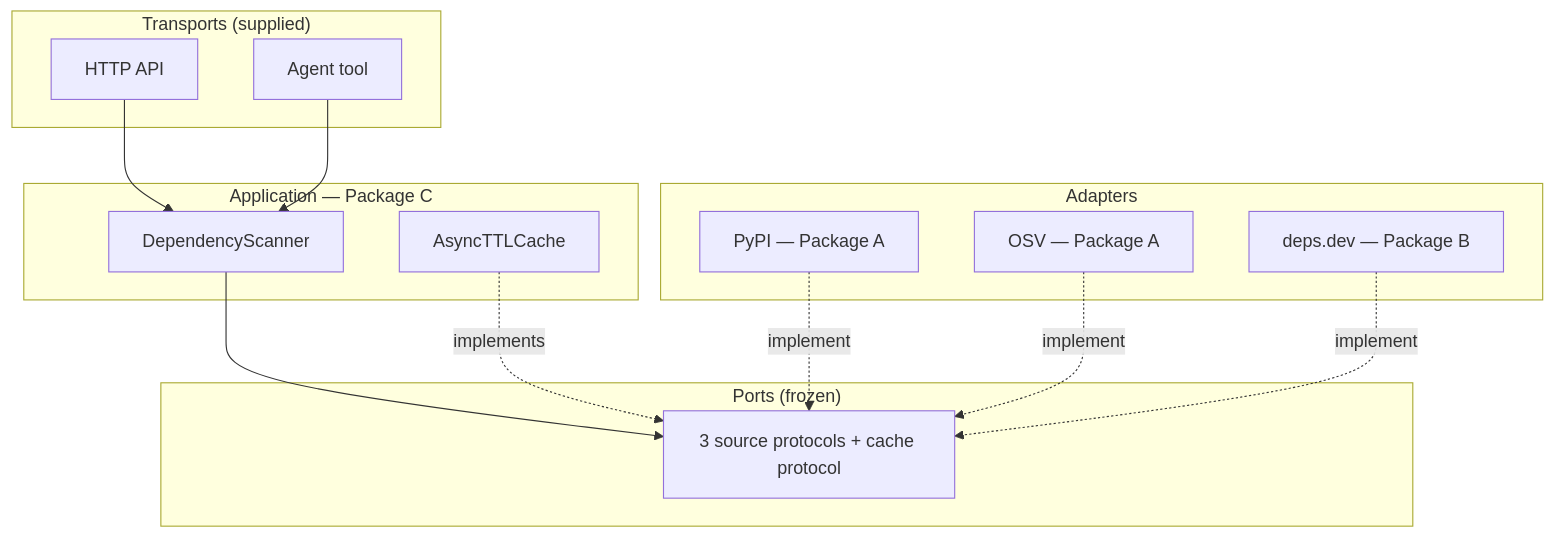
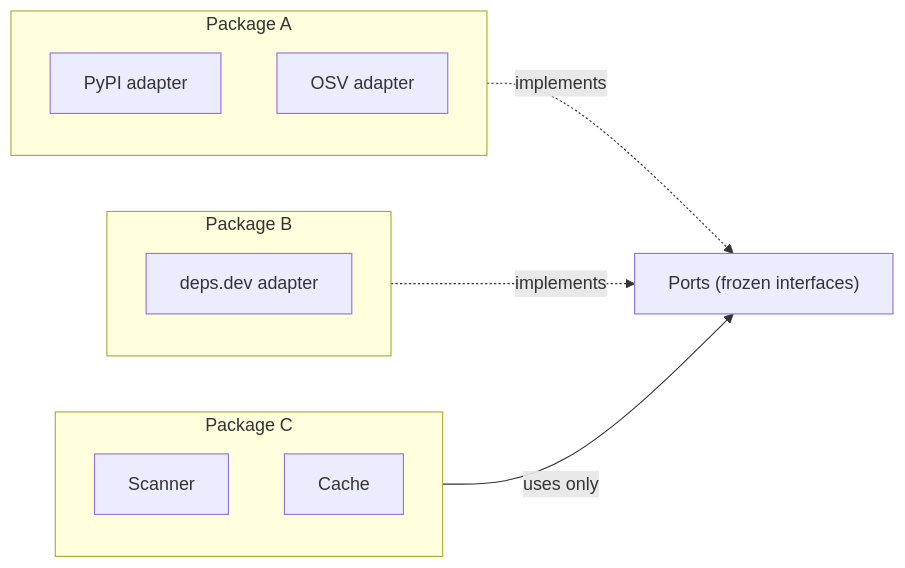
The third of 5 diagrams in video/presentation.md (tho-ple/MSE-AI-LAB-03), drawn with Mermaid before and after one commit. The commit also changed other lines of this file and 1 other file, not shown here.

````diff
--- a/video/presentation.md
+++ b/video/presentation.md
@@ -57,23 +33,18 @@
 ```mermaid
-flowchart TB
-    subgraph T["Transports (supplied)"]
-        API["HTTP API"]
-        TOOL["Agent tool"]
+flowchart LR
+    subgraph A["Package A"]
+        PYPI["PyPI adapter"]
+        OSV["OSV adapter"]
     end
-    subgraph APP["Application — Package C"]
-        SCN["DependencyScanner"]
-        CACHE["AsyncTTLCache"]
+    subgraph B["Package B"]
+        DEPS["deps.dev adapter"]
     end
-    subgraph PORTS["Ports (frozen)"]
-        PR["3 source protocols + cache protocol"]
+    subgraph C["Package C"]
+        SCN["Scanner"]
+        CACHE["Cache"]
     end
-    subgraph ADP["Adapters"]
-        PYPI["PyPI — Package A"]
-        OSV["OSV — Package A"]
-        DEPS["deps.dev — Package B"]
-    end
-    API & TOOL --> SCN
-    SCN --> PR
-    CACHE -. implements .-> PR
-    PYPI & OSV & DEPS -. implement .-> PR
+    PORTS["Ports (frozen interfaces)"]
+    A -. implements .-> PORTS
+    B -. implements .-> PORTS
+    C -- uses only --> PORTS
 ```
````
